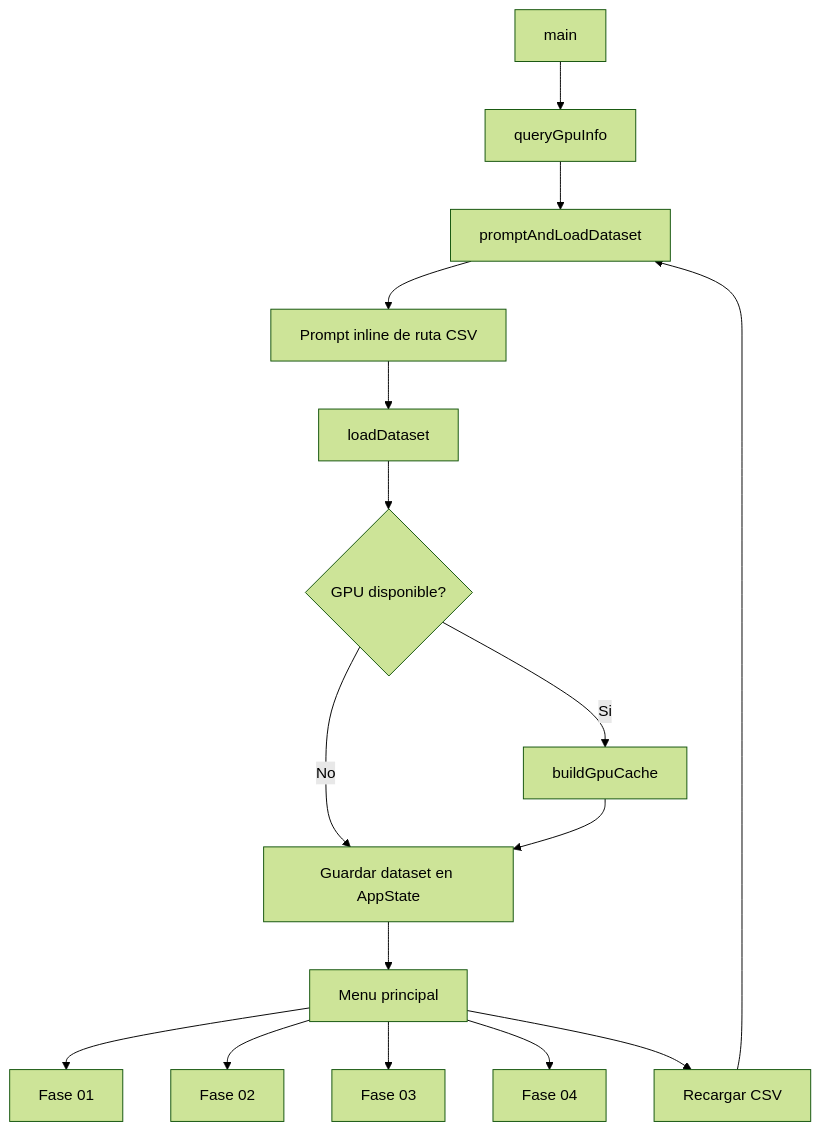
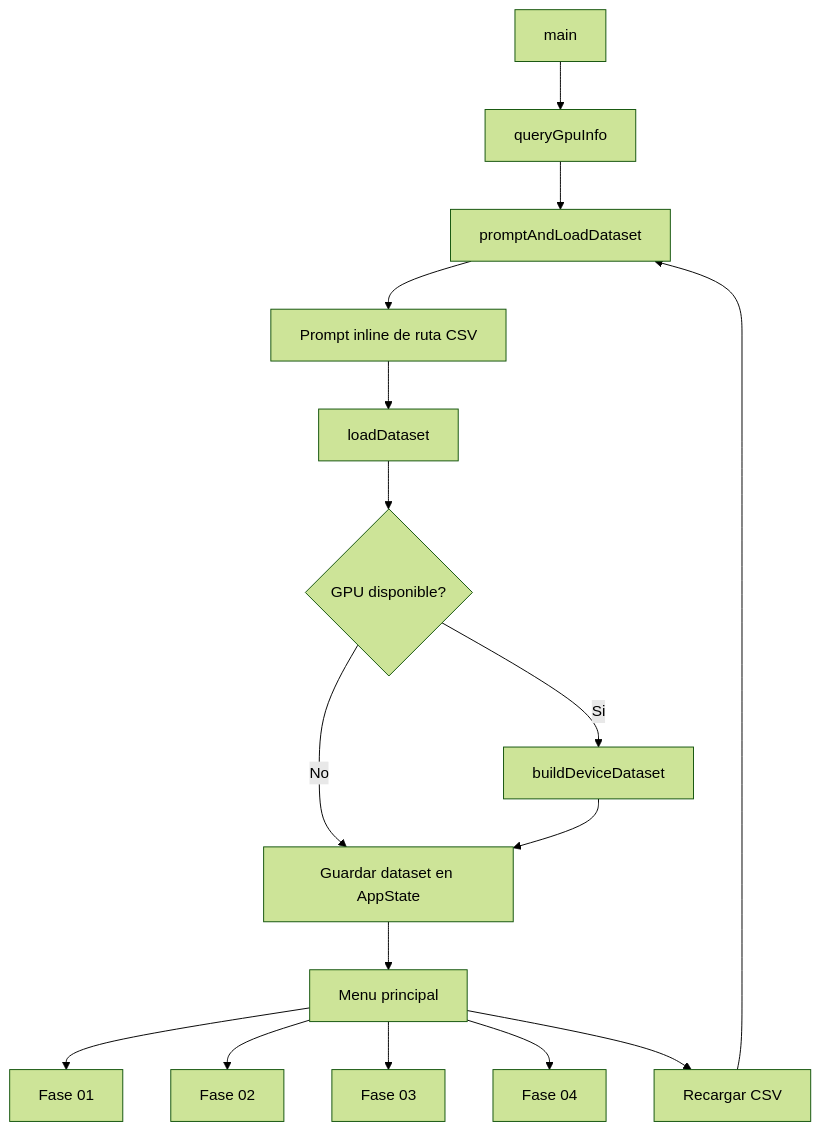
One commit to aferamb/pap_air changed the diagram in README.md. Above: the diagram before and after it, drawn with Mermaid (forest theme). The commit also changed other lines of this file and 3 other files, not shown here.

Commit message:
Refactor README to update terminology from "cache persistente en GPU" to "dataset persistente en GPU". Adjust descriptions and function names accordingly for clarity and consistency.

````diff
--- a/README.md
+++ b/README.md
@@ -89,18 +89,18 @@
 ```mermaid
 flowchart TD
     A[main] --> B[queryGpuInfo]
     B --> C[promptAndLoadDataset]
     C --> D[Prompt inline de ruta CSV]
     D --> E[loadDataset]
     E --> F{GPU disponible?}
-    F -- Si --> G[buildGpuCache]
+    F -- Si --> G[buildDeviceDataset]
     F -- No --> H[Guardar dataset en AppState]
     G --> H
     H --> I[Menu principal]
     I --> J[Fase 01]
     I --> K[Fase 02]
     I --> L[Fase 03]
     I --> M[Fase 04]
     I --> N[Recargar CSV]
     N --> C
 ```
````
